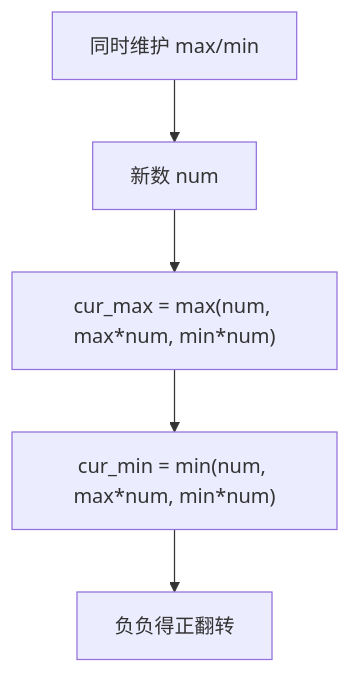
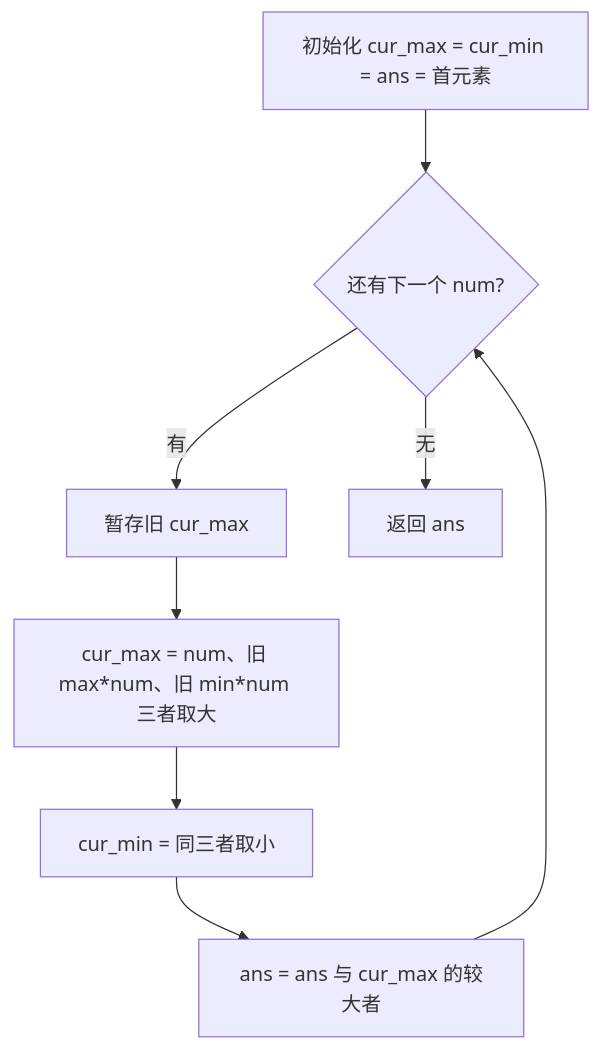
The first of 2 diagrams in 16-动态规划/0152-乘积最大子数组.md (OctalZero/hot100-py), drawn with Mermaid before and after one commit. The commit also changed other lines of this file and 117 other files, not shown here.

First line of the commit message:
feat: 全题解配图升级为「动画式 mermaid」（总览骨架 + 横向时间线逐步推演）

````diff
--- a/16-动态规划/0152-乘积最大子数组.md
+++ b/16-动态规划/0152-乘积最大子数组.md
@@ -20,7 +20,10 @@
 ```mermaid
 flowchart TD
-    A["同时维护 max/min"] --> B["新数 num"]
-    B --> C["cur_max = max(num, max*num, min*num)"]
-    C --> D["cur_min = min(num, max*num, min*num)"]
-    D --> E["负负得正翻转"]
+    A["初始化 cur_max = cur_min = ans = 首元素"] --> B{"还有下一个 num?"}
+    B -->|"有"| C["暂存旧 cur_max"]
+    C --> D["cur_max = num、旧 max*num、旧 min*num 三者取大"]
+    D --> E["cur_min = 同三者取小"]
+    E --> F["ans = ans 与 cur_max 的较大者"]
+    F --> B
+    B -->|"无"| G["返回 ans"]
 ```
````
